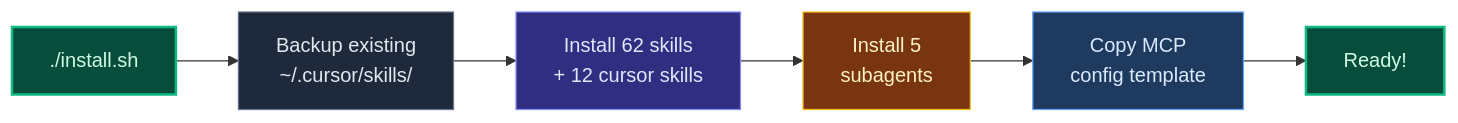
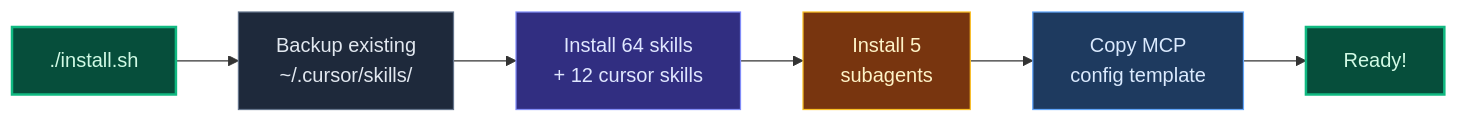
The third of 12 diagrams in README.md (kensaurus/cursor-kenji), drawn with Mermaid before and after one commit. The commit also changed other lines of this file and 2 other files, not shown here.

First line of the commit message:
feat(skills): add enhance-taste-design and enhance-existing-redesign

````diff
--- a/README.md
+++ b/README.md
@@ -347,15 +358,15 @@
 ```mermaid
 flowchart LR
   A["./install.sh"] --> B["Backup existing\n~/.cursor/skills/"]
-  B --> C["Install 62 skills\n+ 12 cursor skills"]
+  B --> C["Install 64 skills\n+ 12 cursor skills"]
   C --> D["Install 5\nsubagents"]
   D --> E["Copy MCP\nconfig template"]
   E --> F["Ready!"]
 
   style A fill:#064e3b,stroke:#10b981,stroke-width:2px,color:#d1fae5
   style F fill:#064e3b,stroke:#10b981,stroke-width:2px,color:#d1fae5
   style B fill:#1e293b,stroke:#64748b,color:#e2e8f0
   style C fill:#312e81,stroke:#818cf8,color:#e0e7ff
   style D fill:#78350f,stroke:#fbbf24,color:#fef3c7
   style E fill:#1e3a5f,stroke:#60a5fa,color:#dbeafe
 ```
````
